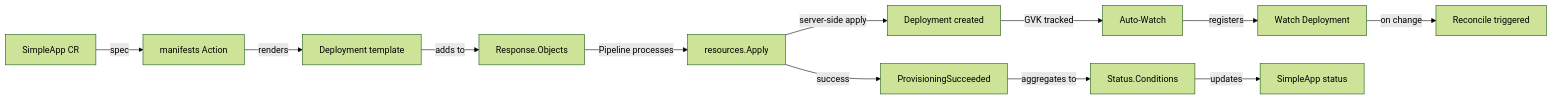
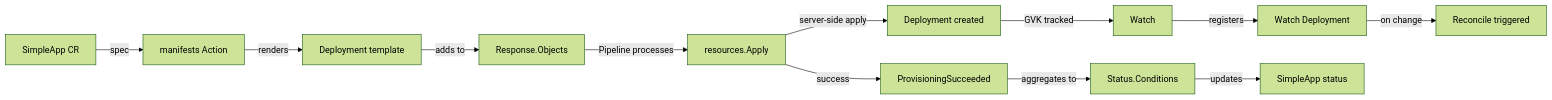
Before and after one commit to lburgazzoli/k8s-controller-lib: the fifth of 5 diagrams in docs/architecture.md, drawn with Mermaid (forest theme). The commit also changed other lines of this file and 18 other files, not shown here.

````diff
--- a/docs/architecture.md
+++ b/docs/architecture.md
@@ -481,14 +481,14 @@
 ```mermaid
 graph LR
     A[SimpleApp CR] -->|spec| B[manifests Action]
     B -->|renders| C[Deployment template]
     C -->|adds to| D[Response.Objects]
     D -->|Pipeline processes| E[resources.Apply]
     E -->|server-side apply| F[Deployment created]
-    F -->|GVK tracked| G[Auto-Watch]
+    F -->|GVK tracked| G[Watch]
     G -->|registers| H[Watch Deployment]
     H -->|on change| I[Reconcile triggered]
     E -->|success| J[ProvisioningSucceeded]
     J -->|aggregates to| K[Status.Conditions]
     K -->|updates| L[SimpleApp status]
 ```
````
